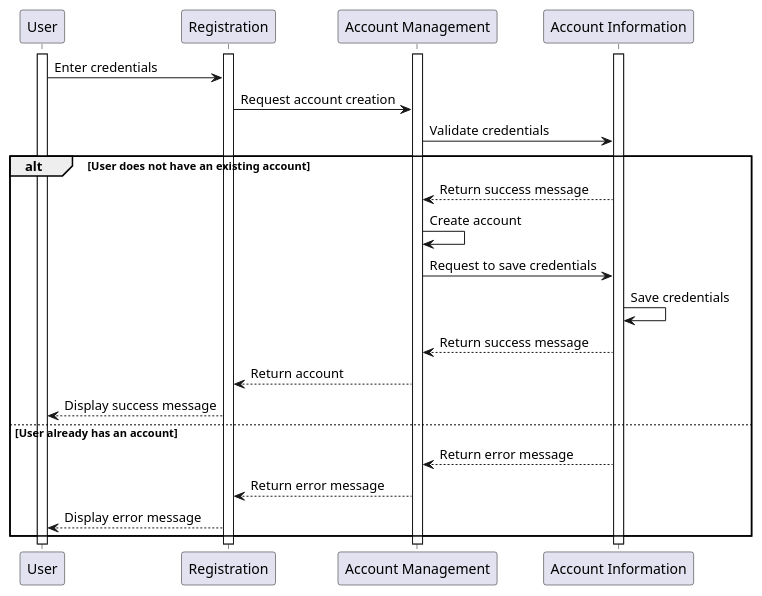
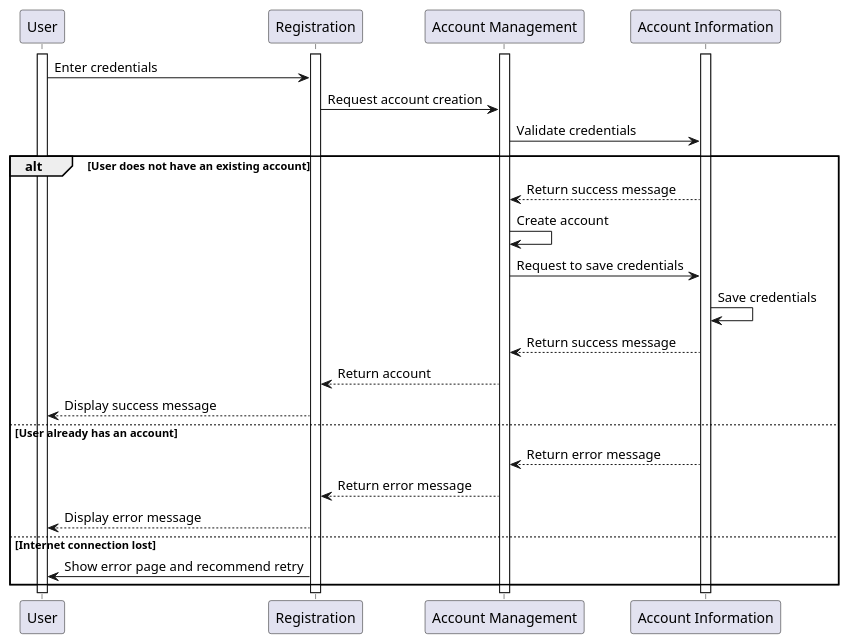
One commit to AhsanM71/SFWRENG-3A04-D1 changed the diagram in PUML/BE8.puml. Above: the diagram before and after it, drawn with PlantUML. The commit also changed 13 other files, not shown here.

Commit message:
updated sequence diagrams

```diff
--- a/PUML/BE8.puml
+++ b/PUML/BE8.puml
@@ -1,31 +1,33 @@
 @startuml be8
 
 participant User
 participant Registration
 participant "Account Management"
 participant "Account Information"
 
 activate User
 activate "Account Management"
 activate Registration
 activate "Account Information"
 
 User -> Registration: Enter credentials
 Registration -> "Account Management": Request account creation
 "Account Management" -> "Account Information": Validate credentials
 
 alt User does not have an existing account
     "Account Information" --> "Account Management": Return success message
     "Account Management" -> "Account Management": Create account
     "Account Management" -> "Account Information": Request to save credentials
     "Account Information" -> "Account Information": Save credentials
     "Account Management" <-- "Account Information": Return success message
     "Account Management" --> "Registration": Return account
     "Registration" --> User: Display success message
 else User already has an account
     "Account Management" <-- "Account Information": Return error message
     "Account Management" --> "Registration": Return error message
     "Registration" --> User: Display error message
+else Internet connection lost
+    "Registration" -> User: Show error page and recommend retry
 end
 
 @enduml
```
